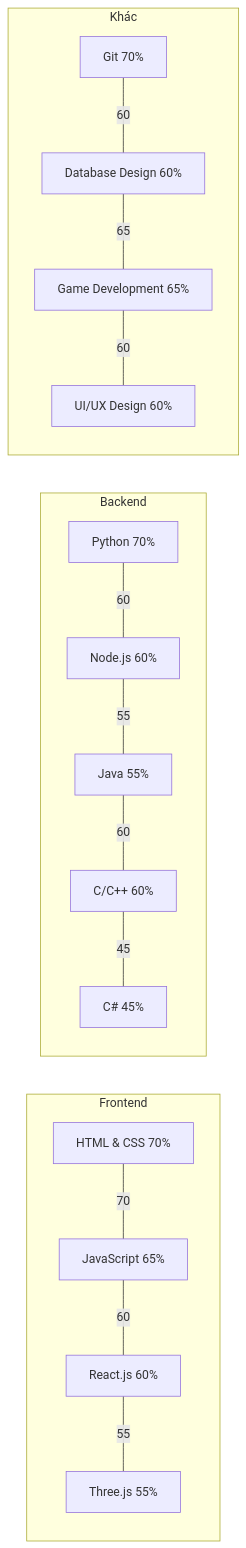
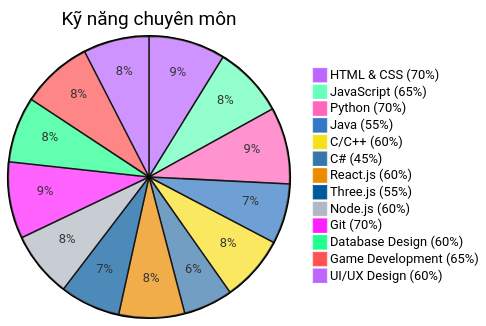
One commit to KenDzai1122/KenDzai1122 changed the diagram in README.md. Above: the diagram before and after it, drawn with Mermaid. The commit also changed other lines of this file, not shown here.

````diff
--- a/README.md
+++ b/README.md
@@ -39,20 +39,17 @@
 ```mermaid
-%%{init: {"theme":"default","themeVariables":{"bar1":"#bb66ff","bar2":"#66ffbb","bar3":"#ff66bb","bar4":"#3178c6","bar5":"#f7df1e","bar6":"#3776ab","bar7":"#ed8b00","bar8":"#00599c","bar9":"#b0b8c1"}}}%%
-graph LR
-    subgraph Frontend
-        A1[HTML & CSS 70%] ---|70| A2[JavaScript 65%]
-        A2 ---|60| A3[React.js 60%]
-        A3 ---|55| A4[Three.js 55%]
-    end
-    subgraph Backend
-        B1[Python 70%] ---|60| B2[Node.js 60%]
-        B2 ---|55| B3[Java 55%]
-        B3 ---|60| B4[C/C++ 60%]
-        B4 ---|45| B5[C# 45%]
-    end
-    subgraph Khác
-        C1[Git 70%] ---|60| C2[Database Design 60%]
-        C2 ---|65| C3[Game Development 65%]
-        C3 ---|60| C4[UI/UX Design 60%]
-    end
+%%{init: {'theme':'default','themeVariables':{'pie1':'#bb66ff','pie2':'#66ffbb','pie3':'#ff66bb','pie4':'#3178c6','pie5':'#f7df1e','pie6':'#3776ab','pie7':'#ed8b00','pie8':'#00599c','pie9':'#b0b8c1'}}}%%
+pie title Kỹ năng chuyên môn
+    "HTML & CSS (70%)" : 70
+    "JavaScript (65%)" : 65
+    "Python (70%)" : 70
+    "Java (55%)" : 55
+    "C/C++ (60%)" : 60
+    "C# (45%)" : 45
+    "React.js (60%)" : 60
+    "Three.js (55%)" : 55
+    "Node.js (60%)" : 60
+    "Git (70%)" : 70
+    "Database Design (60%)" : 60
+    "Game Development (65%)" : 65
+    "UI/UX Design (60%)" : 60
 ```
````
